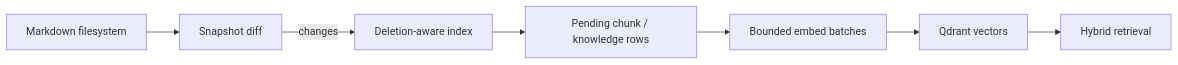
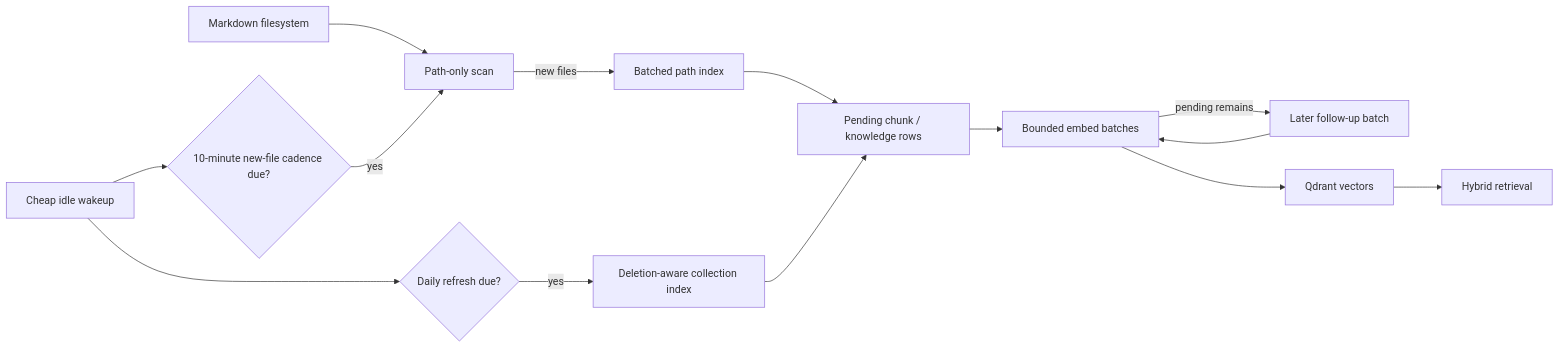
One commit to Timandilu/vaultq changed the fourth of 4 diagrams in README.md. Above: the diagram before and after it, drawn with Mermaid. The commit also changed other lines of this file and 54 other files, not shown here.

````diff
--- a/README.md
+++ b/README.md
@@ -235,9 +250,16 @@
 ```mermaid
 flowchart LR
-    FS["Markdown filesystem"] --> Snap["Snapshot diff"]
-    Snap -->|changes| Index["Deletion-aware index"]
-    Index --> Pending["Pending chunk / knowledge rows"]
+    Tick["Cheap idle wakeup"] --> DueNew{"10-minute new-file cadence due?"}
+    Tick --> DueDaily{"Daily refresh due?"}
+    FS["Markdown filesystem"] --> PathScan["Path-only scan"]
+    DueNew -->|yes| PathScan
+    PathScan -->|new files| PathIndex["Batched path index"]
+    DueDaily -->|yes| Index["Deletion-aware collection index"]
+    PathIndex --> Pending["Pending chunk / knowledge rows"]
+    Index --> Pending
     Pending --> Drain["Bounded embed batches"]
+    Drain -->|pending remains| Later["Later follow-up batch"]
+    Later --> Drain
     Drain --> Q["Qdrant vectors"]
     Q --> Search["Hybrid retrieval"]
 ```
````
